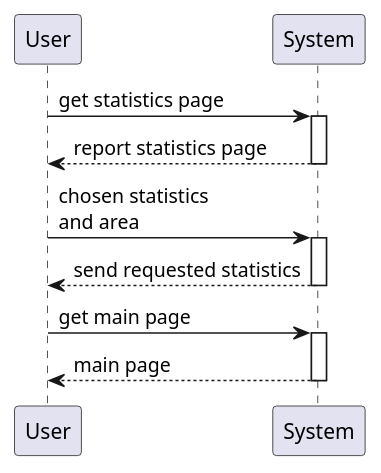
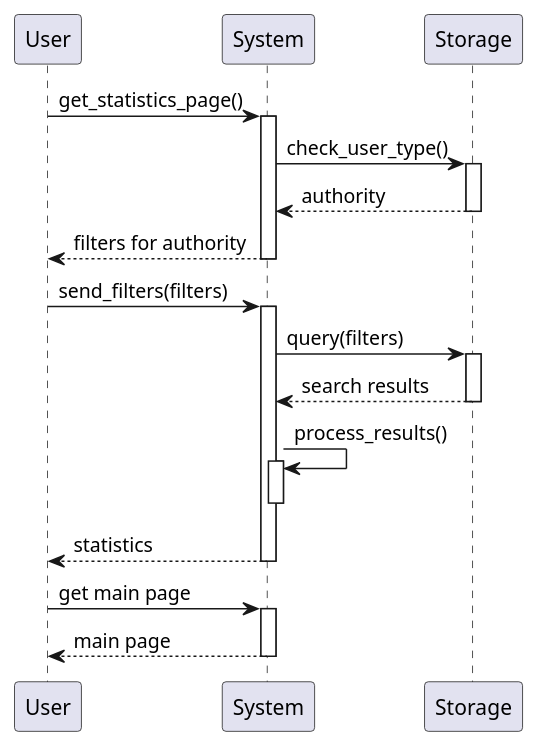
The third of 3 diagrams in RASD/materials/uml/useCases/reports.wsd (GiorgioUghini/SafeStreets), drawn with PlantUML before and after one commit. The commit also changed other lines of this file and 1 other file, not shown here.

Commit message:
Update sequence diagrams

```diff
--- a/RASD/materials/uml/useCases/reports.wsd
+++ b/RASD/materials/uml/useCases/reports.wsd
@@ -27,13 +41,20 @@
 @startuml information_mining_by_officers
     participant User as U
     participant System as S
+    participant Storage as ST
 
     autoactivate on
 
-    U -> S: get statistics page
-    return report statistics page
-    U -> S: chosen statistics\nand area
-    return send requested statistics
+    U -> S: get_statistics_page()
+    S -> ST: check_user_type()
+    return authority
+    return filters for authority
+    U -> S: send_filters(filters)
+    S -> ST: query(filters)
+    return search results
+    S -> S: process_results()
+    deactivate S
+    return statistics
     U -> S: get main page
     return main page
 @enduml
```
